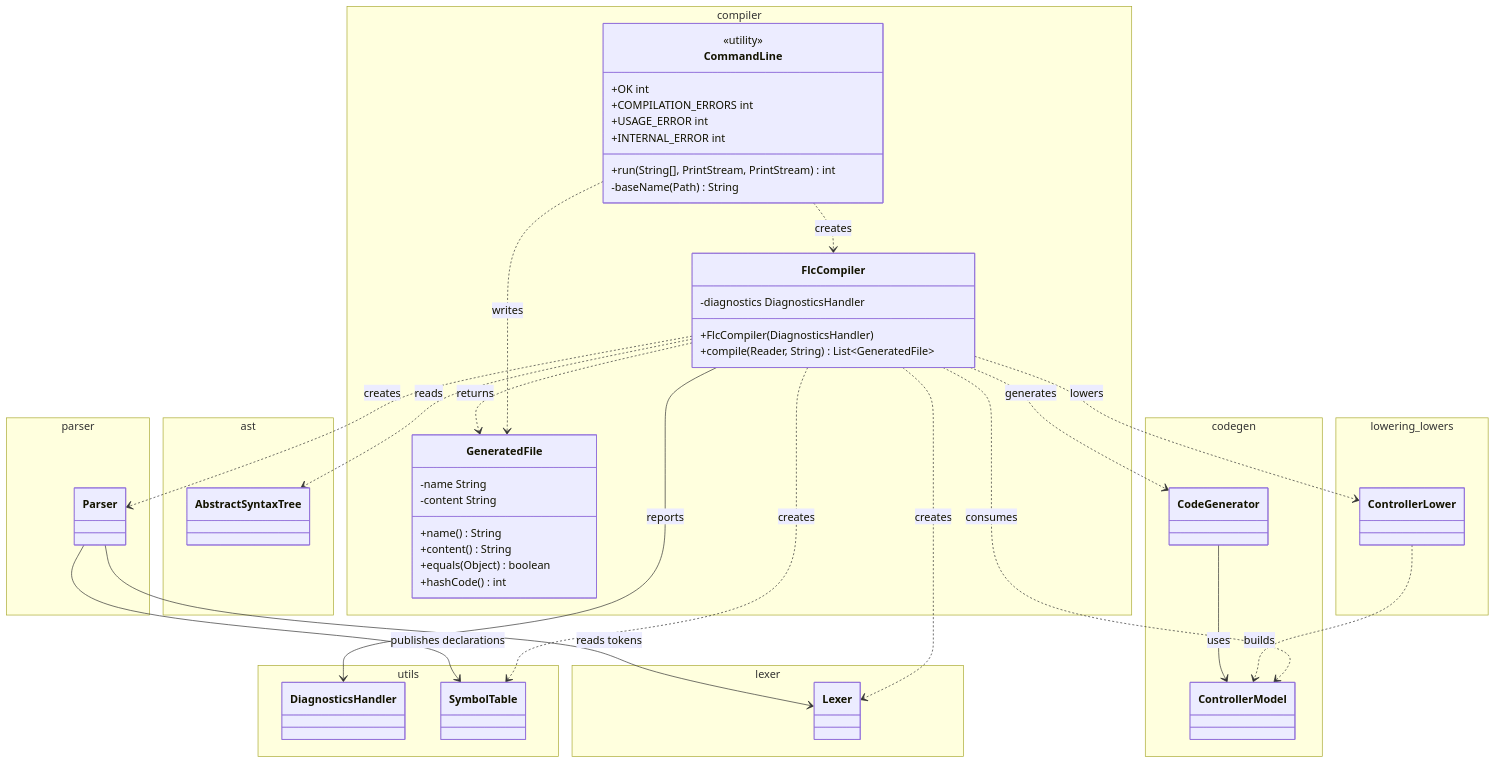
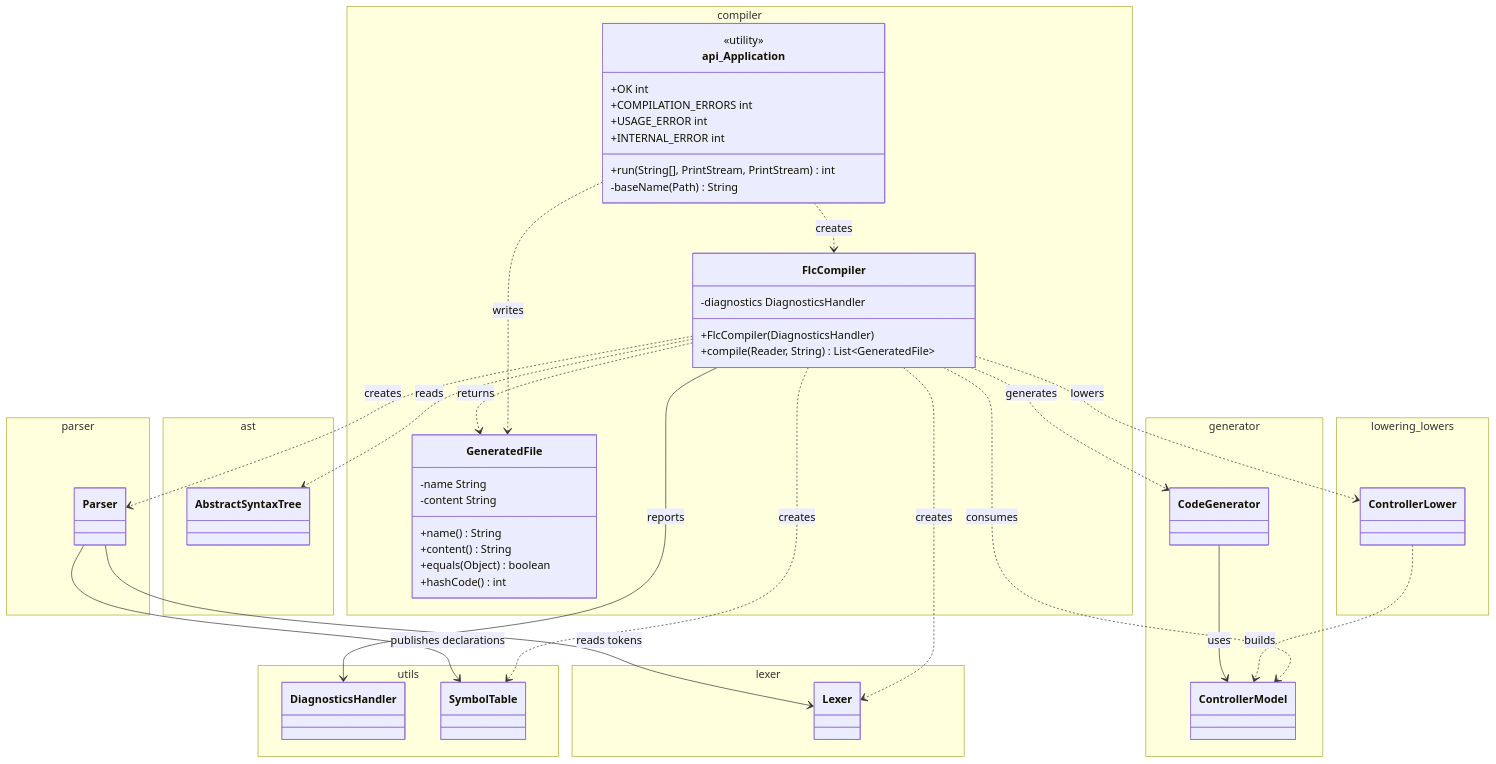
One commit to PascalUser/FLC-IEC61131-7 changed the diagram in doc/diagrams/compiler_class_diagram.mmd. Above: the diagram before and after it, drawn with Mermaid. The commit also changed 537 other files, not shown here.

```diff
--- a/doc/diagrams/compiler_class_diagram.mmd
+++ b/doc/diagrams/compiler_class_diagram.mmd
@@ -1,60 +1,60 @@
 classDiagram
     namespace compiler {
-        class CommandLine {
+        class api_Application {
             <<utility>>
             +OK int
             +COMPILATION_ERRORS int
             +USAGE_ERROR int
             +INTERNAL_ERROR int
             +run(String[], PrintStream, PrintStream) int
             -baseName(Path) String
         }
         class FlcCompiler {
             -diagnostics DiagnosticsHandler
             +FlcCompiler(DiagnosticsHandler)
             +compile(Reader, String) List~GeneratedFile~
         }
         class GeneratedFile {
             -name String
             -content String
             +name() String
             +content() String
             +equals(Object) boolean
             +hashCode() int
         }
     }
     namespace ast {
         class AbstractSyntaxTree
     }
-    namespace codegen {
+    namespace generator {
         class CodeGenerator
         class ControllerModel
     }
     namespace lexer {
         class Lexer
     }
     namespace lowering_lowers {
         class ControllerLower
     }
     namespace parser {
         class Parser
     }
     namespace utils {
         class DiagnosticsHandler
         class SymbolTable
     }
-    CommandLine ..> FlcCompiler : creates
-    CommandLine ..> GeneratedFile : writes
+    api_Application ..> FlcCompiler : creates
+    api_Application ..> GeneratedFile : writes
     FlcCompiler --> DiagnosticsHandler : reports
     FlcCompiler ..> Lexer : creates
     FlcCompiler ..> Parser : creates
     FlcCompiler ..> SymbolTable : creates
     FlcCompiler ..> AbstractSyntaxTree : reads
     FlcCompiler ..> ControllerLower : lowers
     FlcCompiler ..> ControllerModel : consumes
     FlcCompiler ..> CodeGenerator : generates
     FlcCompiler ..> GeneratedFile : returns
     Parser --> Lexer : reads tokens
     Parser --> SymbolTable : publishes declarations
     ControllerLower ..> ControllerModel : builds
     CodeGenerator --> ControllerModel : uses
```
